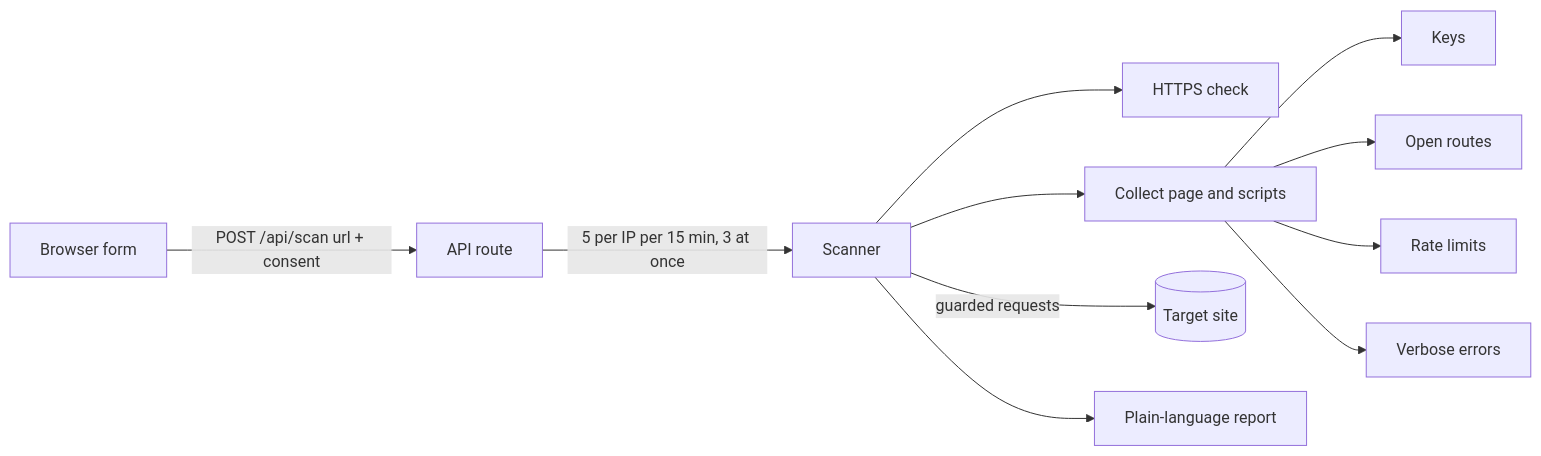
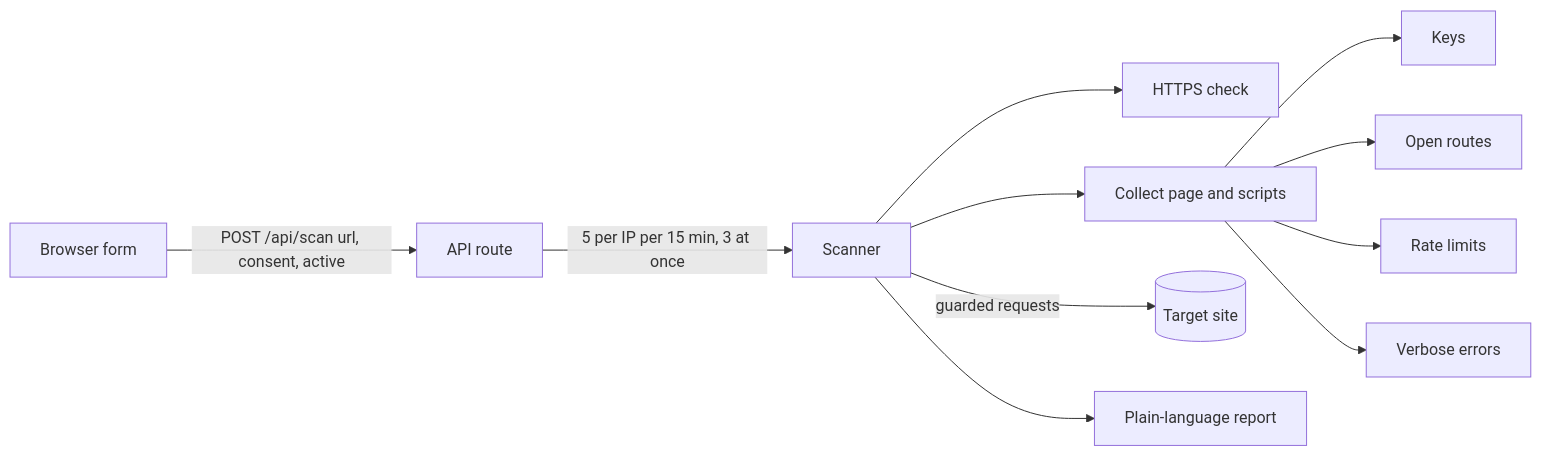
One commit to gshepptech/quietword changed the diagram in README.md. Above: the diagram before and after it, drawn with Mermaid. The commit also changed other lines of this file, not shown here.

Commit message:
docs: document passive and active scan modes and the login-only probe rule

````diff
--- a/README.md
+++ b/README.md
@@ -39,13 +39,13 @@
 ```mermaid
 flowchart LR
-    U[Browser form] -->|POST /api/scan url + consent| A[API route]
+    U[Browser form] -->|POST /api/scan url, consent, active| A[API route]
     A -->|5 per IP per 15 min, 3 at once| S[Scanner]
     S --> H[HTTPS check]
     S --> C[Collect page and scripts]
     C --> K[Keys]
     C --> R[Open routes]
     C --> L[Rate limits]
     C --> E[Verbose errors]
     S -->|guarded requests| T[(Target site)]
     S --> P[Plain-language report]
 ```
````
